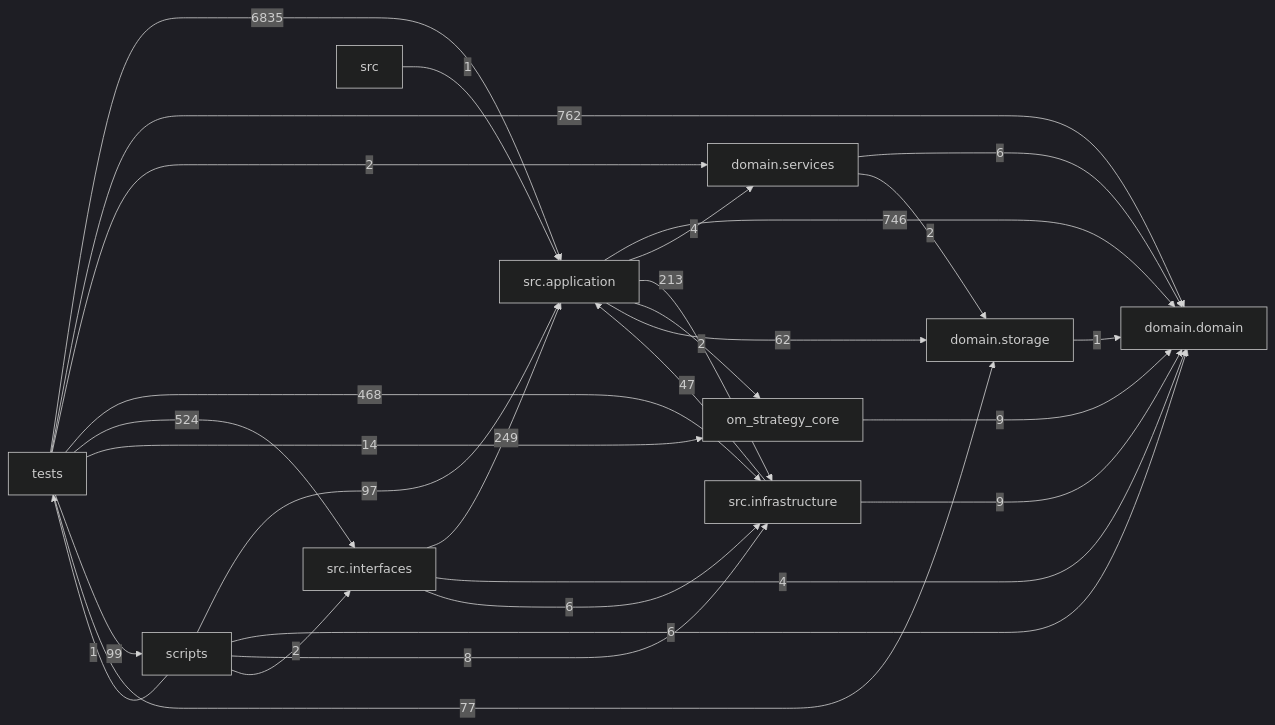
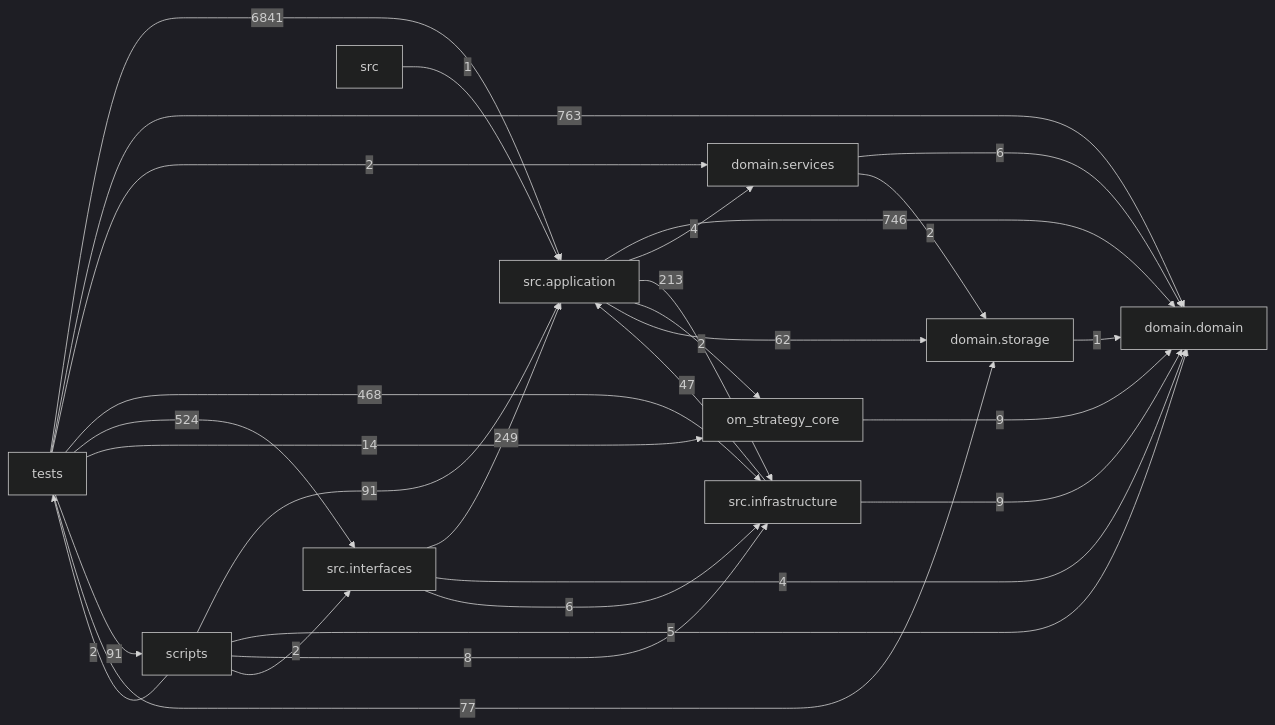
The diagram in docs/DEPENDENCY_GRAPH.md (liuxie066/options-monitor), drawn with Mermaid (dark theme) before and after one commit. The commit also changed other lines of this file and 6 other files, not shown here.

````diff
--- a/docs/DEPENDENCY_GRAPH.md
+++ b/docs/DEPENDENCY_GRAPH.md
@@ -24,39 +24,39 @@
 ```mermaid
 flowchart LR
   tests["tests"]
   scripts["scripts"]
   interfaces["src.interfaces"]
   application["src.application"]
   infrastructure["src.infrastructure"]
   domain_services["domain.services"]
   domain["domain.domain"]
   storage["domain.storage"]
   application -->|746| domain
   application -->|4| domain_services
   application -->|213| infrastructure
   application -->|2| om_strategy_core
   application -->|62| storage
   domain_services -->|6| domain
   domain_services -->|2| storage
   infrastructure -->|47| application
   infrastructure -->|9| domain
   interfaces -->|249| application
   interfaces -->|4| domain
   interfaces -->|6| infrastructure
   om_strategy_core -->|9| domain
-  scripts -->|97| application
-  scripts -->|6| domain
+  scripts -->|91| application
+  scripts -->|5| domain
   scripts -->|8| infrastructure
   scripts -->|2| interfaces
-  scripts -->|1| tests
+  scripts -->|2| tests
   src -->|1| application
   storage -->|1| domain
-  tests -->|6835| application
-  tests -->|762| domain
+  tests -->|6841| application
+  tests -->|763| domain
   tests -->|2| domain_services
   tests -->|468| infrastructure
   tests -->|524| interfaces
   tests -->|14| om_strategy_core
-  tests -->|99| scripts
+  tests -->|91| scripts
   tests -->|77| storage
 ```
````
